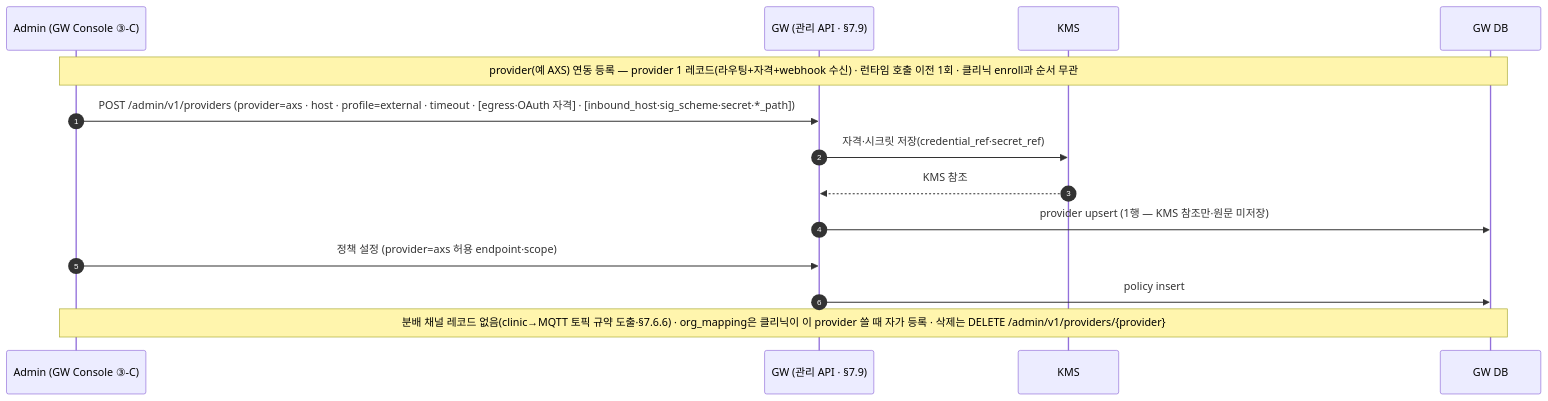
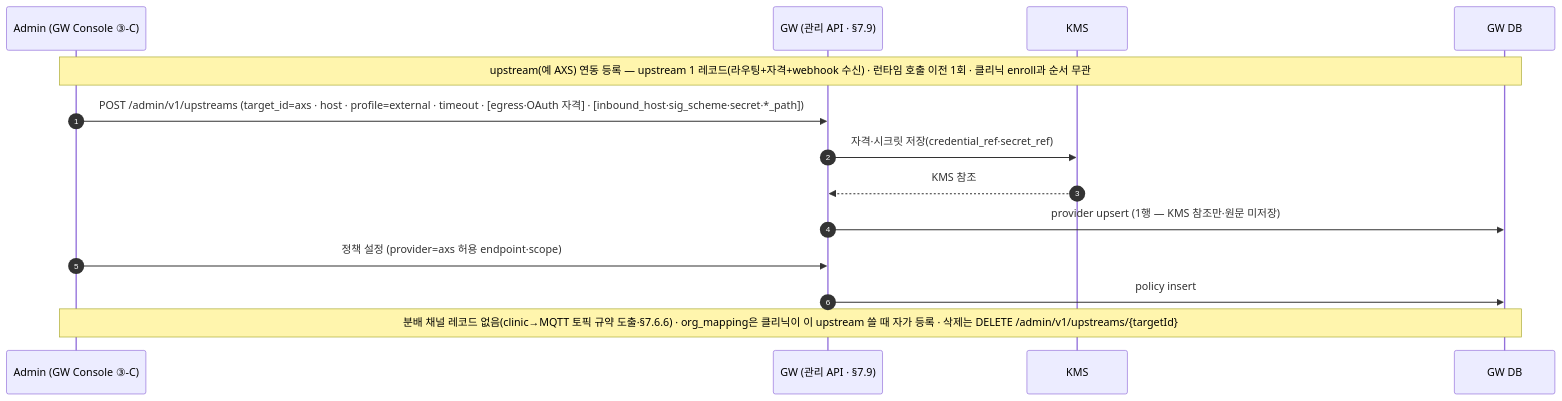
Before and after one commit to gracegyu/scp-architecture: diagram 12 of 18 in docs/VT_API_Gateway/08.VT_API_Gateway/specs/03-srs-gateway/SRS.md, drawn with Mermaid. The commit also changed other lines of this file and 8 other files, not shown here.

Commit message:
문서 업데이트: VT API Gateway의 API 명세에서 문서 버전을 v0.7로 업데이트하고, 연동 대상 테이블명을 `Provider`에서 `Upstream`으로 변경하였습니다. 이 변경은 데이터 모델의 일관성을 강화하고, 관련 SRS 및 OpenAPI 문서에서의 참조를 업데이트하여 시스템 아키텍처의 명확성을 높였습니다. 또한, 정책 및 데이터 흐름에 대한 설명을 보강하여 이해도를 증진하였습니다.

````diff
--- a/docs/VT_API_Gateway/08.VT_API_Gateway/specs/03-srs-gateway/SRS.md
+++ b/docs/VT_API_Gateway/08.VT_API_Gateway/specs/03-srs-gateway/SRS.md
@@ -644,16 +644,16 @@
 ```mermaid
 sequenceDiagram
     autonumber
     participant OP as Admin (GW Console ③-C)
     participant GW as GW (관리 API · §7.9)
     participant KMS as KMS
     participant DB as GW DB
-    Note over OP,DB: provider(예 AXS) 연동 등록 — provider 1 레코드(라우팅+자격+webhook 수신) · 런타임 호출 이전 1회 · 클리닉 enroll과 순서 무관
-    OP->>GW: POST /admin/v1/providers (provider=axs · host · profile=external · timeout · [egress·OAuth 자격] · [inbound_host·sig_scheme·secret·*_path])
+    Note over OP,DB: upstream(예 AXS) 연동 등록 — upstream 1 레코드(라우팅+자격+webhook 수신) · 런타임 호출 이전 1회 · 클리닉 enroll과 순서 무관
+    OP->>GW: POST /admin/v1/upstreams (target_id=axs · host · profile=external · timeout · [egress·OAuth 자격] · [inbound_host·sig_scheme·secret·*_path])
     GW->>KMS: 자격·시크릿 저장(credential_ref·secret_ref)
     KMS-->>GW: KMS 참조
     GW->>DB: provider upsert (1행 — KMS 참조만·원문 미저장)
     OP->>GW: 정책 설정 (provider=axs 허용 endpoint·scope)
     GW->>DB: policy insert
-    Note over OP,DB: 분배 채널 레코드 없음(clinic→MQTT 토픽 규약 도출·§7.6.6) · org_mapping은 클리닉이 이 provider 쓸 때 자가 등록 · 삭제는 DELETE /admin/v1/providers/{provider}
+    Note over OP,DB: 분배 채널 레코드 없음(clinic→MQTT 토픽 규약 도출·§7.6.6) · org_mapping은 클리닉이 이 upstream 쓸 때 자가 등록 · 삭제는 DELETE /admin/v1/upstreams/{targetId}
 ```
````
